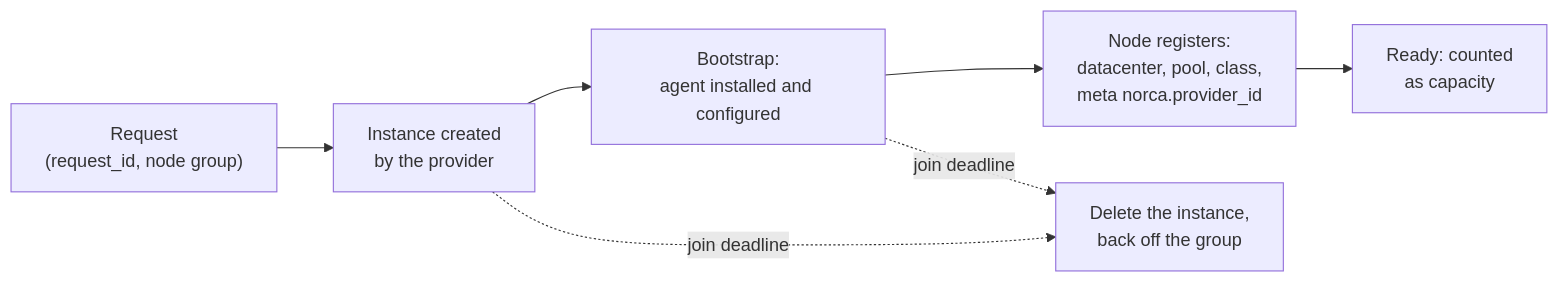
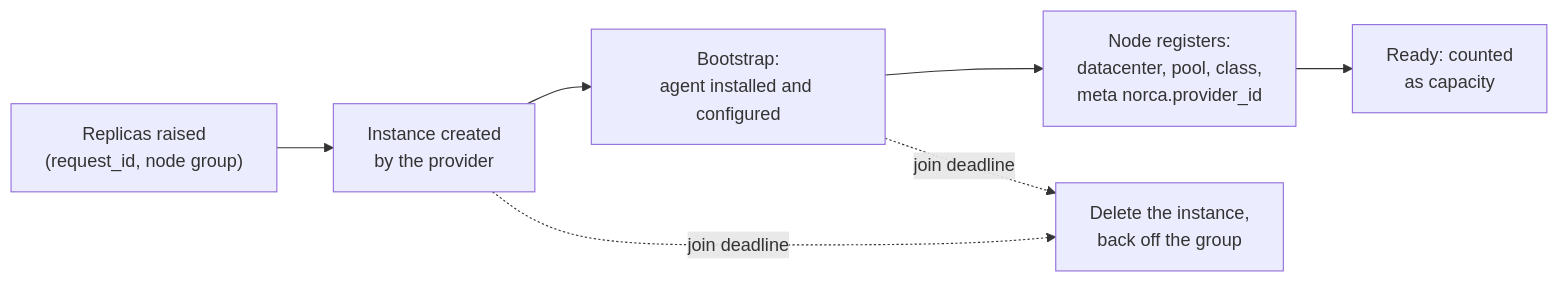
One commit to bacanoo-io/norca-doc changed the eighth of 11 diagrams in content/docs/design/cluster-scaling-plan.md. Above: the diagram before and after it, drawn with Mermaid. The commit also changed other lines of this file and 2 other files, not shown here.

````diff
--- a/content/docs/design/cluster-scaling-plan.md
+++ b/content/docs/design/cluster-scaling-plan.md
@@ -355,9 +420,9 @@
 ```mermaid
 flowchart LR
-  R["Request<br/>(request_id, node group)"] --> I["Instance created<br/>by the provider"]
+  R["Replicas raised<br/>(request_id, node group)"] --> I["Instance created<br/>by the provider"]
   I --> B["Bootstrap:<br/>agent installed and configured"]
   B --> J["Node registers:<br/>datacenter, pool, class,<br/>meta norca.provider_id"]
   J --> OK["Ready: counted<br/>as capacity"]
   I -. "join deadline" .-> X["Delete the instance,<br/>back off the group"]
   B -. "join deadline" .-> X
 ```
````
